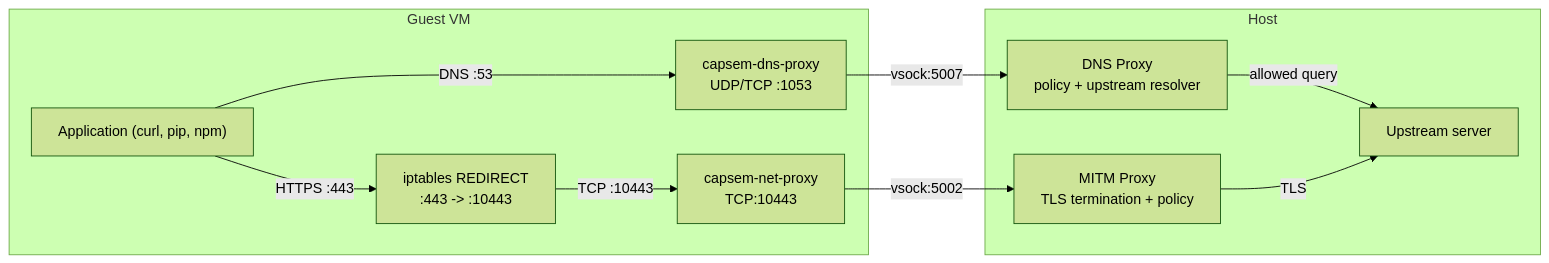
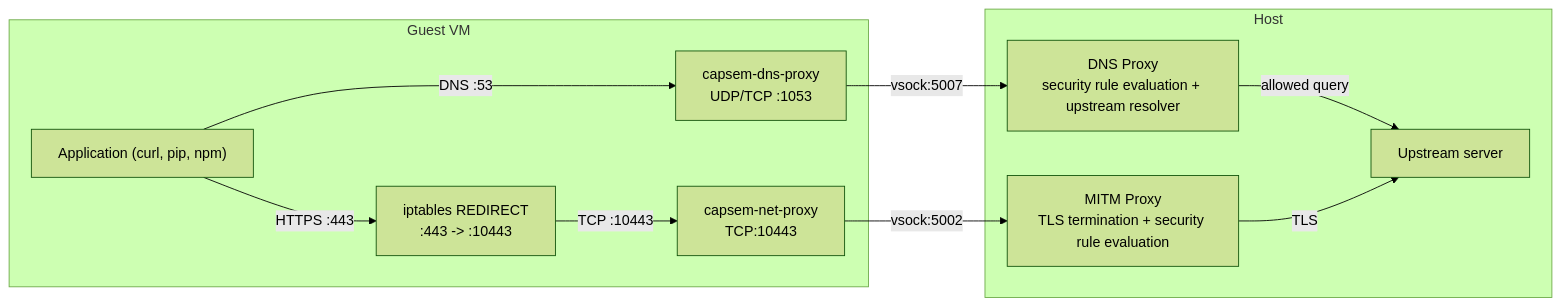
Before and after one commit to google/capsem: the first of 3 diagrams in docs/src/content/docs/security/network-isolation.md, drawn with Mermaid (forest theme). The commit also changed other lines of this file and 16 other files, not shown here.

Commit message:
test: prove security rule rail defaults

````diff
--- a/docs/src/content/docs/security/network-isolation.md
+++ b/docs/src/content/docs/security/network-isolation.md
@@ -12,23 +12,23 @@
 ```mermaid
 graph LR
     subgraph "Guest VM"
         APP["Application (curl, pip, npm)"]
         DNS["capsem-dns-proxy<br/>UDP/TCP :1053"]
         IPT["iptables REDIRECT<br/>:443 -> :10443"]
         NP["capsem-net-proxy<br/>TCP:10443"]
     end
 
     subgraph "Host"
-        HDNS["DNS Proxy<br/>policy + upstream resolver"]
-        MITM["MITM Proxy<br/>TLS termination + policy"]
+        HDNS["DNS Proxy<br/>security rule evaluation + upstream resolver"]
+        MITM["MITM Proxy<br/>TLS termination + security rule evaluation"]
         UP["Upstream server"]
     end
 
     APP -->|DNS :53| DNS
     DNS -->|vsock:5007| HDNS
     HDNS -->|allowed query| UP
     APP -->|HTTPS :443| IPT
     IPT -->|TCP :10443| NP
     NP -->|vsock:5002| MITM
     MITM -->|TLS| UP
 ```
````
